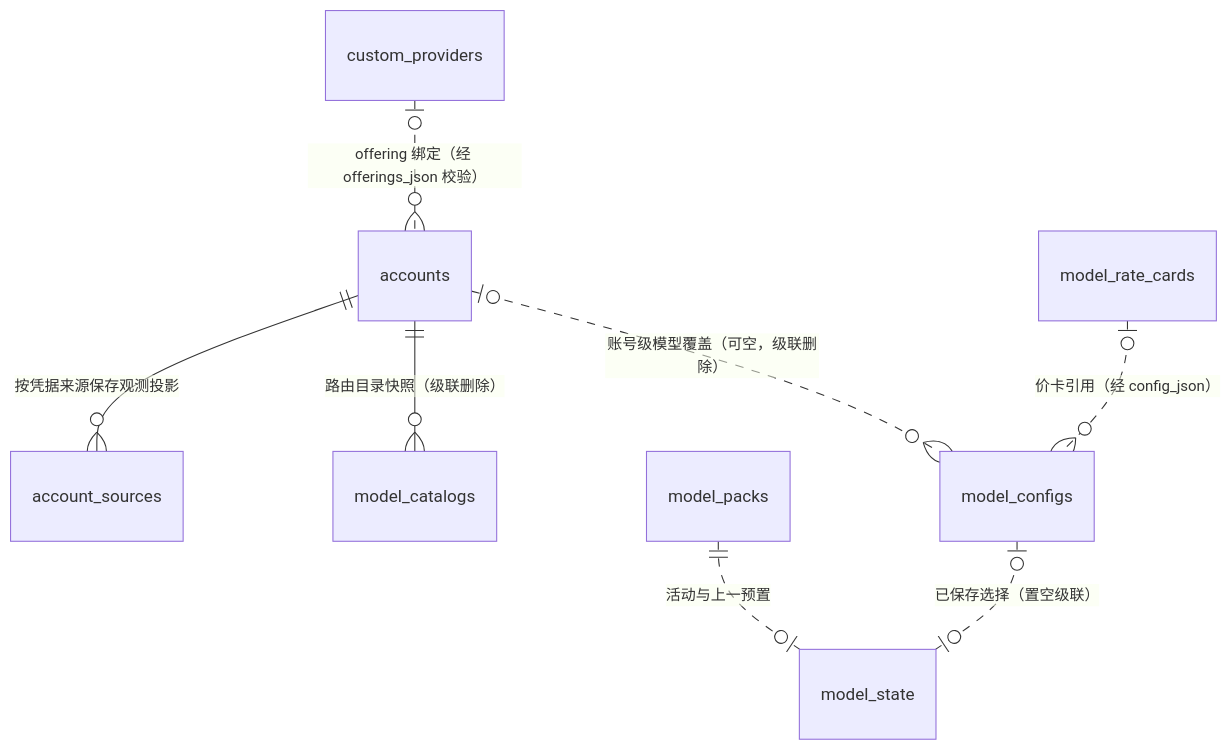
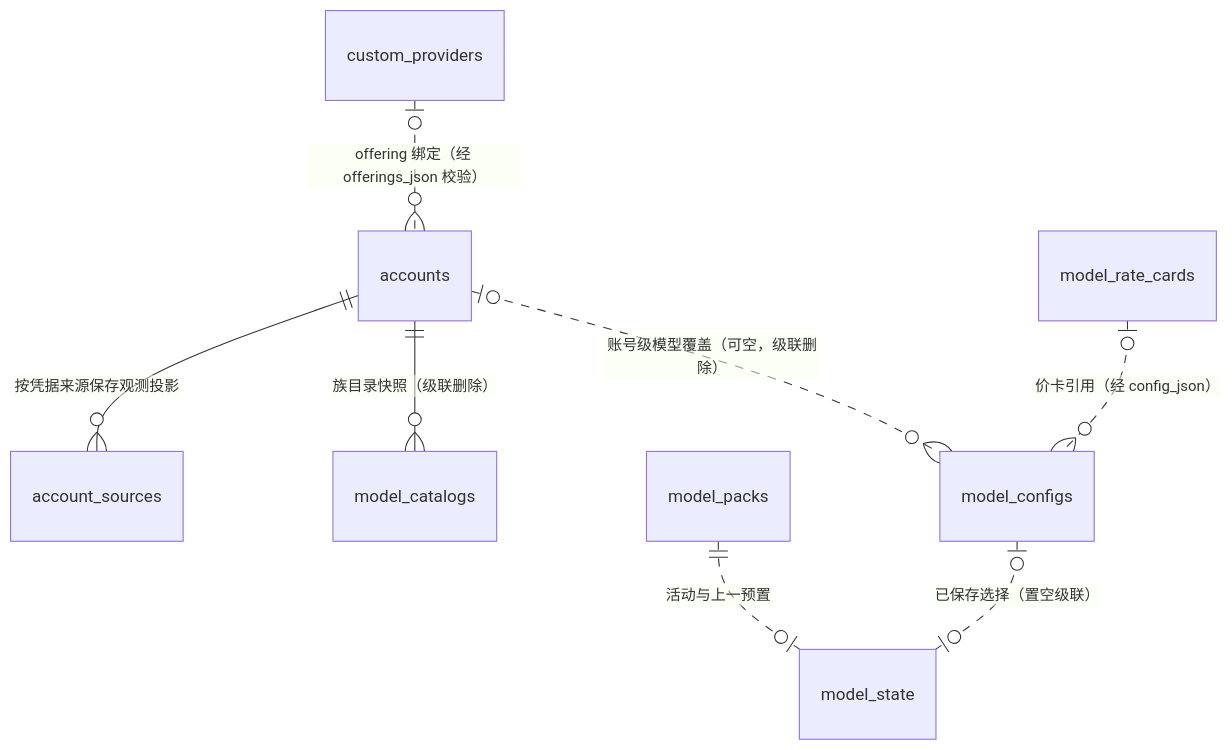
One commit to SwingCosmic/astra-conductor changed the diagram in docs/graph-agent/design/business-database.md. Above: the diagram before and after it, drawn with Mermaid. The commit also changed other lines of this file and 156 other files, not shown here.

````diff
--- a/docs/graph-agent/design/business-database.md
+++ b/docs/graph-agent/design/business-database.md
@@ -58,10 +58,10 @@
 ```mermaid
 erDiagram
     accounts ||--o{ account_sources : "按凭据来源保存观测投影"
     custom_providers |o..o{ accounts : "offering 绑定（经 offerings_json 校验）"
-    accounts ||--o{ model_catalogs : "路由目录快照（级联删除）"
+    accounts ||--o{ model_catalogs : "族目录快照（级联删除）"
     accounts |o..o{ model_configs : "账号级模型覆盖（可空，级联删除）"
     model_packs ||..o| model_state : "活动与上一预置"
     model_configs |o..o| model_state : "已保存选择（置空级联）"
     model_rate_cards |o..o{ model_configs : "价卡引用（经 config_json）"
 ```
````
